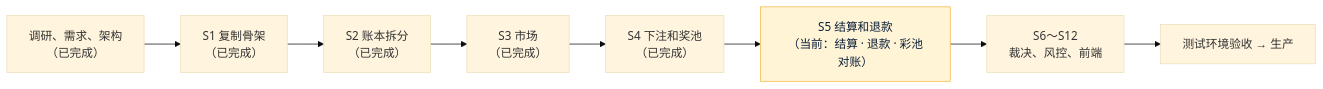
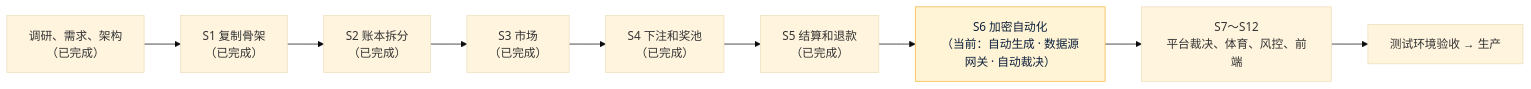
The diagram in 项目地图.md (dollar3651314/forecast), drawn with Mermaid (base theme) before and after one commit. The commit also changed other lines of this file and 3 other files, not shown here.

First line of the commit message:
S6 文档：开发记录、项目地图 v0.12、项目索引 v0.12、架构方案 v1.1.2（第 6.4 节加密部分的实现）

````diff
--- a/项目地图.md
+++ b/项目地图.md
@@ -11,5 +11,5 @@
 ```mermaid
 flowchart LR
-    R["调研、需求、架构<br/>（已完成）"] --> S1["S1 复制骨架<br/>（已完成）"] --> S2["S2 账本拆分<br/>（已完成）"] --> S3["S3 市场<br/>（已完成）"] --> S4["S4 下注和奖池<br/>（已完成）"] --> S5["S5 结算和退款<br/>（当前：结算 · 退款 · 彩池对账）"]:::now --> S6["S6～S12<br/>裁决、风控、前端"] --> T["测试环境验收 → 生产"]
+    R["调研、需求、架构<br/>（已完成）"] --> S1["S1 复制骨架<br/>（已完成）"] --> S2["S2 账本拆分<br/>（已完成）"] --> S3["S3 市场<br/>（已完成）"] --> S4["S4 下注和奖池<br/>（已完成）"] --> S5["S5 结算和退款<br/>（已完成）"] --> S6["S6 加密自动化<br/>（当前：自动生成 · 数据源网关 · 自动裁决）"]:::now --> S7["S7～S12<br/>平台裁决、体育、风控、前端"] --> T["测试环境验收 → 生产"]
     classDef now fill:#FFF4D6,stroke:#F5B83D,color:#0B1F3A
 ```
````
